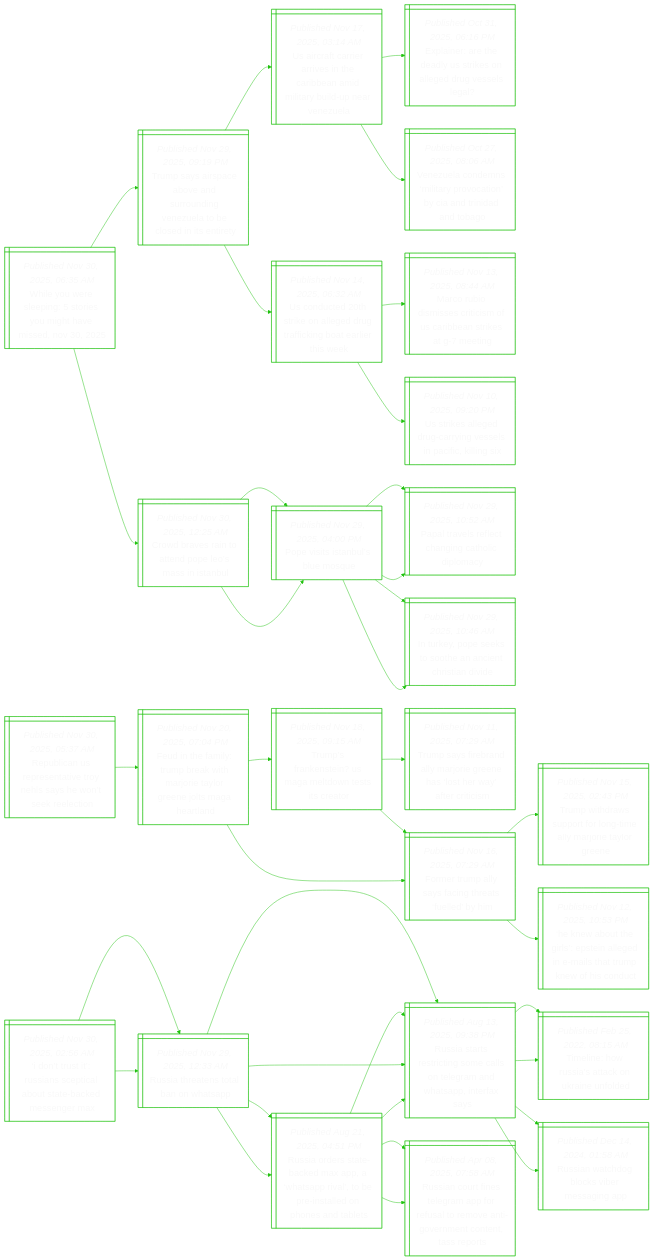
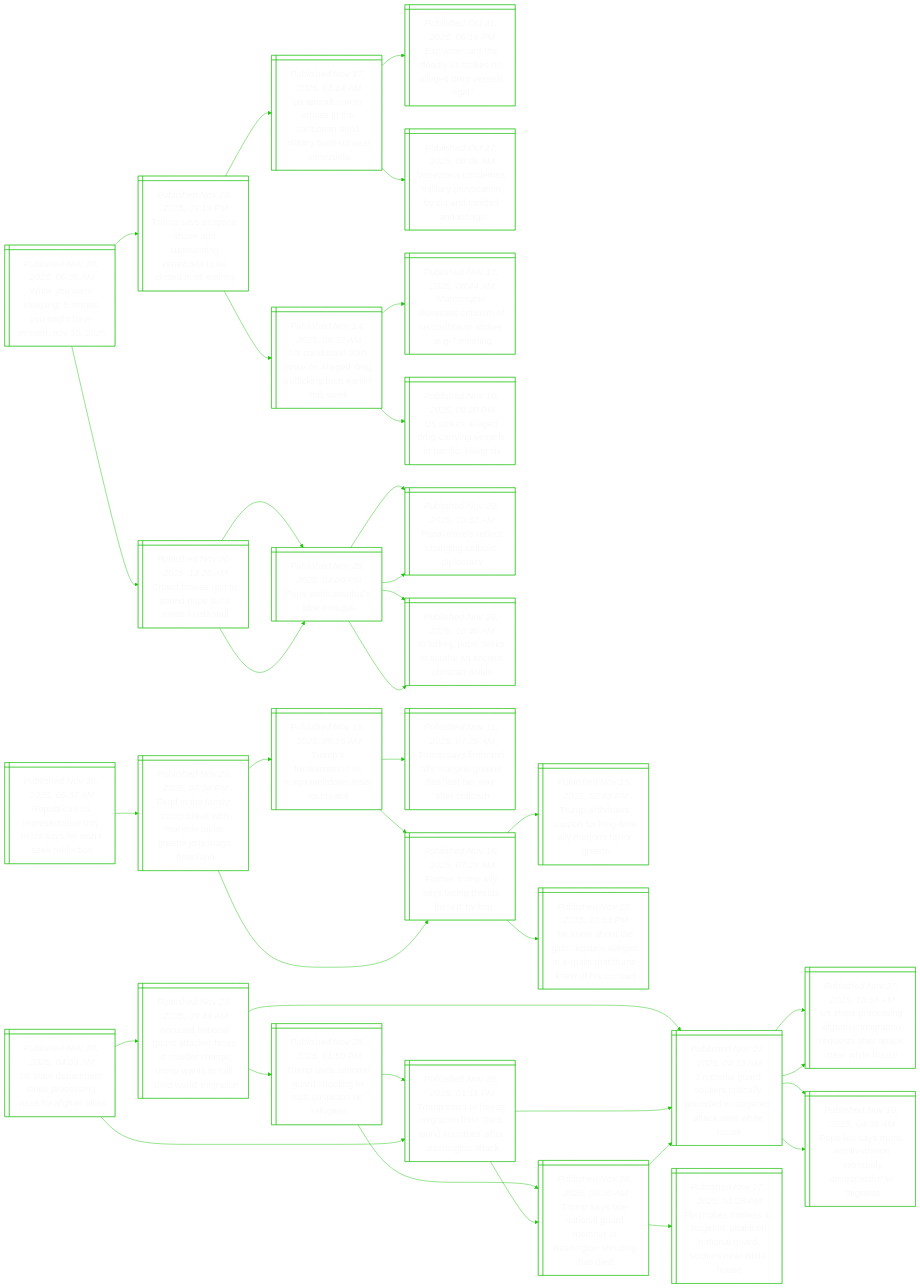
Before and after one commit to notJmes/notJmes: the diagram in README.md, drawn with Mermaid. The commit also changed other lines of this file, not shown here.

````diff
--- a/README.md
+++ b/README.md
@@ -87,50 +87,50 @@
 Frpsattly:::txtsize --> TwrutomyoaGe:::txtsize
 Frpsattly:::txtsize --> HwtipngesTkfot:::txtsize
 
-ItissibtamnA@{ shape: win-pane, label: "_Published Nov 30, 2025, 02:56 AM_
-‘i don’t trust it’: russians sceptical about state-backed messenger max" }
-RaatbWA@{ shape: win-pane, label: "_Published Nov 29, 2025, 12:33 AM_
-Russia threatens total ban on whatsapp" }
-RattimleaWAtx@{ shape: win-pane, label: "_Published Aug 13, 2025, 09:38 PM_
-Russia starts restricting some calls on telegram and whatsapp, interfax says" }
-Tiwitnifd@{ shape: win-pane, label: "_Published Feb 25, 2022, 08:15 AM_
-Timeline: how russia's attack on ukraine unfolded" }
-Racbsraa@{ shape: win-pane, label: "_Published Dec 14, 2024, 01:58 AM_
-Russian watchdog blocks viber messaging app" }
-RartkXWAvbilnett@{ shape: win-pane, label: "_Published Aug 21, 2025, 04:51 PM_
-Russia orders state-backed max app, a ‘whatsapp rival’, to be pre-installed on phones and tablets" }
-RattimleaWAtx@{ shape: win-pane, label: "_Published Aug 13, 2025, 09:38 PM_
-Russia starts restricting some calls on telegram and whatsapp, interfax says" }
-RareearsregncnSr@{ shape: win-pane, label: "_Published Apr 08, 2025, 07:58 AM_
-Russian court fines telegram app for refusal to remove anti-government content, tass reports" }
-RaatbWA@{ shape: win-pane, label: "_Published Nov 29, 2025, 12:33 AM_
-Russia threatens total ban on whatsapp" }
-RattimleaWAtx@{ shape: win-pane, label: "_Published Aug 13, 2025, 09:38 PM_
-Russia starts restricting some calls on telegram and whatsapp, interfax says" }
-Tiwitnifd@{ shape: win-pane, label: "_Published Feb 25, 2022, 08:15 AM_
-Timeline: how russia's attack on ukraine unfolded" }
-Racbsraa@{ shape: win-pane, label: "_Published Dec 14, 2024, 01:58 AM_
-Russian watchdog blocks viber messaging app" }
-RartkXWAvbilnett@{ shape: win-pane, label: "_Published Aug 21, 2025, 04:51 PM_
-Russia orders state-backed max app, a ‘whatsapp rival’, to be pre-installed on phones and tablets" }
-RattimleaWAtx@{ shape: win-pane, label: "_Published Aug 13, 2025, 09:38 PM_
-Russia starts restricting some calls on telegram and whatsapp, interfax says" }
-RareearsregncnSr@{ shape: win-pane, label: "_Published Apr 08, 2025, 07:58 AM_
-Russian court fines telegram app for refusal to remove anti-government content, tass reports" }
+UtanpcnaAne@{ shape: win-pane, label: "_Published Nov 30, 2025, 04:39 AM_
+Us state department stops processing visas for afghan allies" }
+AeiGakcmrgmtairgo@{ shape: win-pane, label: "_Published Nov 29, 2025, 09:44 AM_
+Accused national guard attacker faces us murder charge; trump wants to halt ‘third world’ migration" }
+Nnalsiydttteiu@{ shape: win-pane, label: "_Published Nov 27, 2025, 04:33 AM_
+2 national guard soldiers critically wounded in ‘targeted’ attack near white house" }
+Upcnhmteteaats@{ shape: win-pane, label: "_Published Nov 27, 2025, 10:58 AM_
+Us stops processing afghan immigration requests after attack near white house" }
+Pespnaemipuit@{ shape: win-pane, label: "_Published Nov 19, 2025, 04:38 AM_
+Pope leo says trump administration ‘extremely disrespectful’ to migrants" }
+Tuaarottiou@{ shape: win-pane, label: "_Published Nov 28, 2025, 01:50 PM_
+Trump uses national guard shooting to cast suspicion on refugees" }
+TsniGmrstogi@{ shape: win-pane, label: "_Published Nov 28, 2025, 09:30 AM_
+Trump says one national guard member in washington shooting has died" }
+TvozrnTWcrfagt@{ shape: win-pane, label: "_Published Nov 28, 2025, 01:11 PM_
+Trump vows to freeze migration from ‘third world countries’ after washington attack" }
+TvozrnTWcrfagt@{ shape: win-pane, label: "_Published Nov 28, 2025, 01:11 PM_
+Trump vows to freeze migration from ‘third world countries’ after washington attack" }
+Nnalsiydttteiu@{ shape: win-pane, label: "_Published Nov 27, 2025, 04:33 AM_
+2 national guard soldiers critically wounded in ‘targeted’ attack near white house" }
+Upcnhmteteaats@{ shape: win-pane, label: "_Published Nov 27, 2025, 10:58 AM_
+Us stops processing afghan immigration requests after attack near white house" }
+Pespnaemipuit@{ shape: win-pane, label: "_Published Nov 19, 2025, 04:38 AM_
+Pope leo says trump administration ‘extremely disrespectful’ to migrants" }
+TsniGmrstogi@{ shape: win-pane, label: "_Published Nov 28, 2025, 09:30 AM_
+Trump says one national guard member in washington shooting has died" }
+Nnalsiydttteiu@{ shape: win-pane, label: "_Published Nov 27, 2025, 04:33 AM_
+2 national guard soldiers critically wounded in ‘targeted’ attack near white house" }
+Foosrdcaardnho@{ shape: win-pane, label: "_Published Nov 27, 2025, 01:08 PM_
+Fbi probes motives in ‘targeted’ attack on national guard soldiers near white house" }
 
-ItissibtamnA:::txtsize --> RaatbWA:::txtsize
-RaatbWA:::txtsize --> RattimleaWAtx:::txtsize
-RattimleaWAtx:::txtsize --> Tiwitnifd:::txtsize
-RattimleaWAtx:::txtsize --> Racbsraa:::txtsize
-RaatbWA:::txtsize --> RartkXWAvbilnett:::txtsize
-RartkXWAvbilnett:::txtsize --> RattimleaWAtx:::txtsize
-RartkXWAvbilnett:::txtsize --> RareearsregncnSr:::txtsize
-ItissibtamnA:::txtsize --> RaatbWA:::txtsize
-RaatbWA:::txtsize --> RattimleaWAtx:::txtsize
-RattimleaWAtx:::txtsize --> Tiwitnifd:::txtsize
-RattimleaWAtx:::txtsize --> Racbsraa:::txtsize
-RaatbWA:::txtsize --> RartkXWAvbilnett:::txtsize
-RartkXWAvbilnett:::txtsize --> RattimleaWAtx:::txtsize
-RartkXWAvbilnett:::txtsize --> RareearsregncnSr:::txtsize
+UtanpcnaAne:::txtsize --> AeiGakcmrgmtairgo:::txtsize
+AeiGakcmrgmtairgo:::txtsize --> Nnalsiydttteiu:::txtsize
+Nnalsiydttteiu:::txtsize --> Upcnhmteteaats:::txtsize
+Nnalsiydttteiu:::txtsize --> Pespnaemipuit:::txtsize
+AeiGakcmrgmtairgo:::txtsize --> Tuaarottiou:::txtsize
+Tuaarottiou:::txtsize --> TsniGmrstogi:::txtsize
+Tuaarottiou:::txtsize --> TvozrnTWcrfagt:::txtsize
+UtanpcnaAne:::txtsize --> TvozrnTWcrfagt:::txtsize
+TvozrnTWcrfagt:::txtsize --> Nnalsiydttteiu:::txtsize
+Nnalsiydttteiu:::txtsize --> Upcnhmteteaats:::txtsize
+Nnalsiydttteiu:::txtsize --> Pespnaemipuit:::txtsize
+TvozrnTWcrfagt:::txtsize --> TsniGmrstogi:::txtsize
+TsniGmrstogi:::txtsize --> Nnalsiydttteiu:::txtsize
+TsniGmrstogi:::txtsize --> Foosrdcaardnho:::txtsize
 
 ```
````
